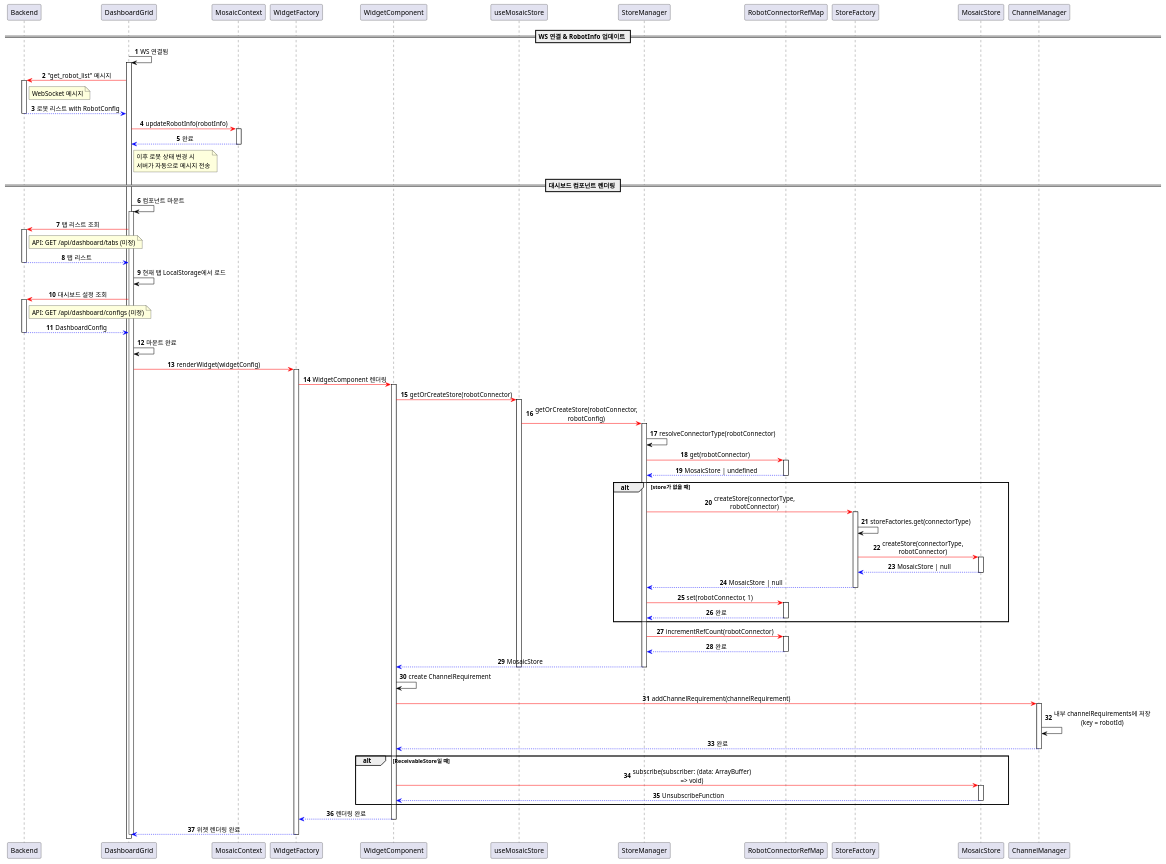
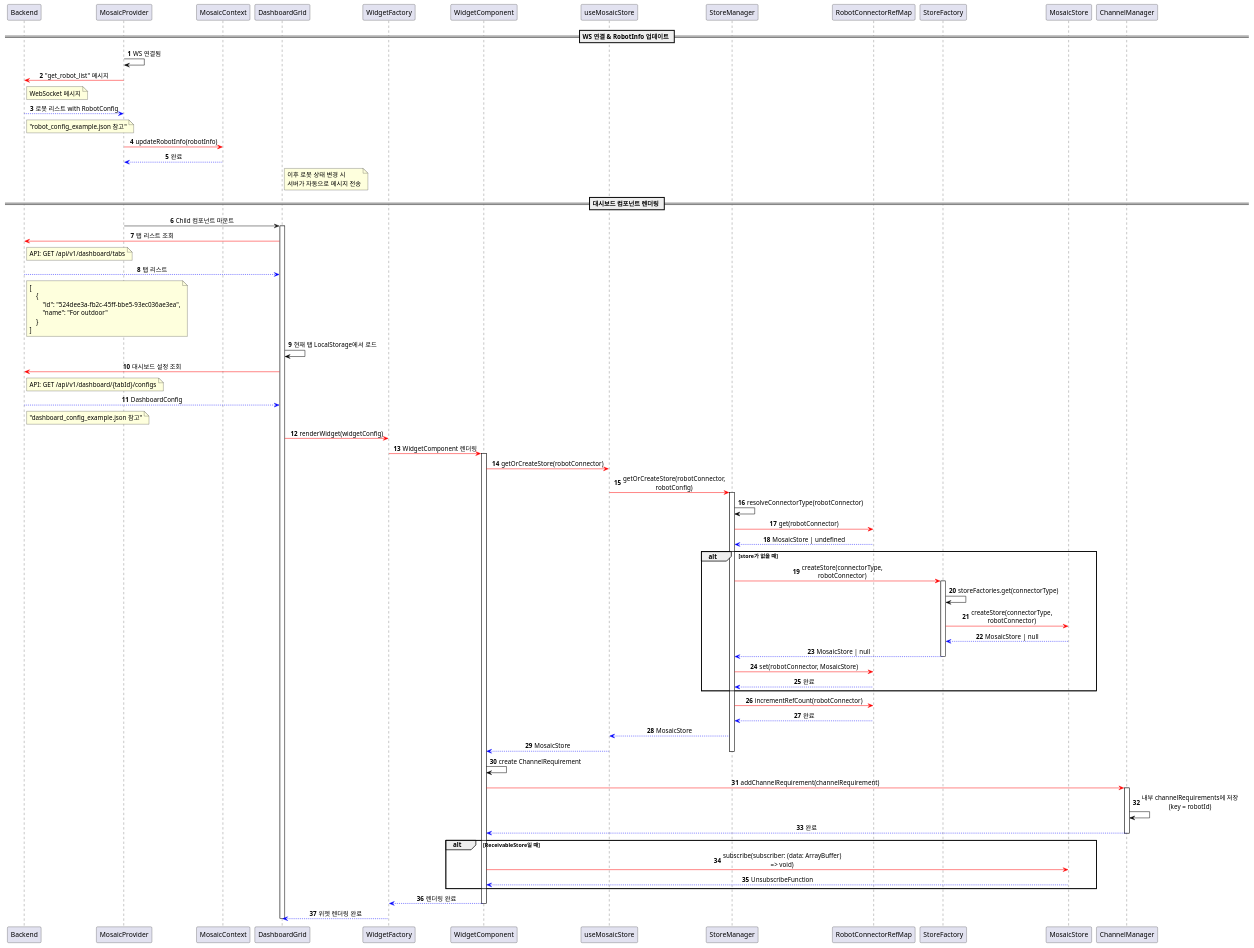
The diagram in diagram/sequence_dashboard_init_render.puml (ACSL-MOSAIC/MOSAIC-Server), drawn with PlantUML before and after one commit. The commit also changed 3 other files, not shown here.

Commit message:
- modify classDiagram and sequence_dashboard_init_render.puml

```diff
--- a/diagram/sequence_dashboard_init_render.puml
+++ b/diagram/sequence_dashboard_init_render.puml
@@ -1,136 +1,119 @@
 @startuml
 skinparam sequenceMessageAlign center
 skinparam maxMessageSize 250
 autonumber
 
-participant "Backend" as Backend
-participant "DashboardGrid" as DashboardGrid
-participant "MosaicContext" as MosaicContext
-participant "WidgetFactory" as WidgetFactory
-participant "WidgetComponent" as WidgetComponent
-participant "useMosaicStore" as useMosaicStore
-participant "StoreManager" as StoreManager
-participant "RobotConnectorRefMap" as RobotConnectorRefMap
-participant "StoreFactory" as StoreFactory
-participant "MosaicStore" as MosaicStore
-participant "ChannelManager" as ChannelManager
+participant Backend
+participant MosaicProvider
+participant MosaicContext
+participant DashboardGrid
+participant WidgetFactory
+participant WidgetComponent
+participant useMosaicStore
+participant StoreManager
+participant RobotConnectorRefMap
+participant StoreFactory
+participant MosaicStore
+participant ChannelManager
 
 == WS 연결 & RobotInfo 업데이트 ==
 
-DashboardGrid -[#black]> DashboardGrid: WS 연결됨
-activate DashboardGrid
+MosaicProvider -[#black]> MosaicProvider: WS 연결됨
 
-DashboardGrid -[#red]> Backend: "get_robot_list" 메시지
-activate Backend
+MosaicProvider -[#red]> Backend: "get_robot_list" 메시지
 note right of Backend: WebSocket 메시지
 
-Backend --[#blue]> DashboardGrid: 로봇 리스트 with RobotConfig
-deactivate Backend
+Backend --[#blue]> MosaicProvider: 로봇 리스트 with RobotConfig
+note right of Backend: "robot_config_example.json 참고"
 
-DashboardGrid -[#red]> MosaicContext: updateRobotInfo(robotInfo)
-activate MosaicContext
-
-MosaicContext --[#blue]> DashboardGrid: 완료
-deactivate MosaicContext
+MosaicProvider -[#red]> MosaicContext: updateRobotInfo(robotInfo)
+MosaicContext --[#blue]> MosaicProvider: 완료
 
 note right of DashboardGrid: 이후 로봇 상태 변경 시\n서버가 자동으로 메시지 전송
 
 == 대시보드 컴포넌트 렌더링 ==
-
-DashboardGrid -[#black]> DashboardGrid: 컴포넌트 마운트
+MosaicProvider -> DashboardGrid: Child 컴포넌트 마운트
 activate DashboardGrid
 
 DashboardGrid -[#red]> Backend: 탭 리스트 조회
-activate Backend
-note right of Backend: API: GET /api/dashboard/tabs (미정)
+note right of Backend: API: GET /api/v1/dashboard/tabs
 
 Backend --[#blue]> DashboardGrid: 탭 리스트
-deactivate Backend
+note right of Backend
+[
+    {
+        "id": "524dee3a-fb2c-45ff-bbe5-93ec036ae3ea",
+        "name": "For outdoor"
+    }
+]
+end note
 
 DashboardGrid -[#black]> DashboardGrid: 현재 탭 LocalStorage에서 로드
 
 DashboardGrid -[#red]> Backend: 대시보드 설정 조회
-activate Backend
-note right of Backend: API: GET /api/dashboard/configs (미정)
+note right of Backend: API: GET /api/v1/dashboard/{tabId}/configs
 
 Backend --[#blue]> DashboardGrid: DashboardConfig
-deactivate Backend
-
-DashboardGrid -[#black]> DashboardGrid: 마운트 완료
+note right of Backend: "dashboard_config_example.json 참고"
 
 DashboardGrid -[#red]> WidgetFactory: renderWidget(widgetConfig)
-activate WidgetFactory
 
 WidgetFactory -[#red]> WidgetComponent: WidgetComponent 렌더링
 activate WidgetComponent
 
 WidgetComponent -[#red]> useMosaicStore: getOrCreateStore(robotConnector)
-activate useMosaicStore
 
 useMosaicStore -[#red]> StoreManager: getOrCreateStore(robotConnector, robotConfig)
 activate StoreManager
 
 StoreManager -[#black]> StoreManager: resolveConnectorType(robotConnector)
 
 StoreManager -[#red]> RobotConnectorRefMap: get(robotConnector)
-activate RobotConnectorRefMap
-
 RobotConnectorRefMap --[#blue]> StoreManager: MosaicStore | undefined
-deactivate RobotConnectorRefMap
 
 alt store가 없을 때
   StoreManager -[#red]> StoreFactory: createStore(connectorType, robotConnector)
   activate StoreFactory
   
   StoreFactory -[#black]> StoreFactory: storeFactories.get(connectorType)
   
   StoreFactory -[#red]> MosaicStore: createStore(connectorType, robotConnector)
-  activate MosaicStore
   MosaicStore --[#blue]> StoreFactory: MosaicStore | null
-  deactivate MosaicStore
-  
+
   StoreFactory --[#blue]> StoreManager: MosaicStore | null
   deactivate StoreFactory
   
-  StoreManager -[#red]> RobotConnectorRefMap: set(robotConnector, 1)
-  activate RobotConnectorRefMap
+  StoreManager -[#red]> RobotConnectorRefMap: set(robotConnector, MosaicStore)
   RobotConnectorRefMap --[#blue]> StoreManager: 완료
-  deactivate RobotConnectorRefMap
 end
 
 StoreManager -[#red]> RobotConnectorRefMap: incrementRefCount(robotConnector)
-activate RobotConnectorRefMap
+RobotConnectorRefMap --[#blue]> StoreManager: 완료
 
-RobotConnectorRefMap --[#blue]> StoreManager: 완료
-deactivate RobotConnectorRefMap
-
-StoreManager --[#blue]> WidgetComponent: MosaicStore
+StoreManager --[#blue]> useMosaicStore: MosaicStore
+useMosaicStore --[#blue]> WidgetComponent: MosaicStore
 deactivate StoreManager
-deactivate useMosaicStore
 
 WidgetComponent -[#black]> WidgetComponent: create ChannelRequirement
 
 WidgetComponent -[#red]> ChannelManager: addChannelRequirement(channelRequirement)
 activate ChannelManager
 
 ChannelManager -[#black]> ChannelManager: 내부 channelRequirements에 저장\n(key = robotId)
 
 ChannelManager --[#blue]> WidgetComponent: 완료
 deactivate ChannelManager
 
 alt ReceivableStore일 때
   WidgetComponent -[#red]> MosaicStore: subscribe(subscriber: (data: ArrayBuffer) => void)
-  activate MosaicStore
-  
   MosaicStore --[#blue]> WidgetComponent: UnsubscribeFunction
-  deactivate MosaicStore
 end
 
 WidgetComponent --[#blue]> WidgetFactory: 렌더링 완료
 deactivate WidgetComponent
 
 WidgetFactory --[#blue]> DashboardGrid: 위젯 렌더링 완료
 deactivate WidgetFactory
 
 deactivate DashboardGrid
 @enduml
```
